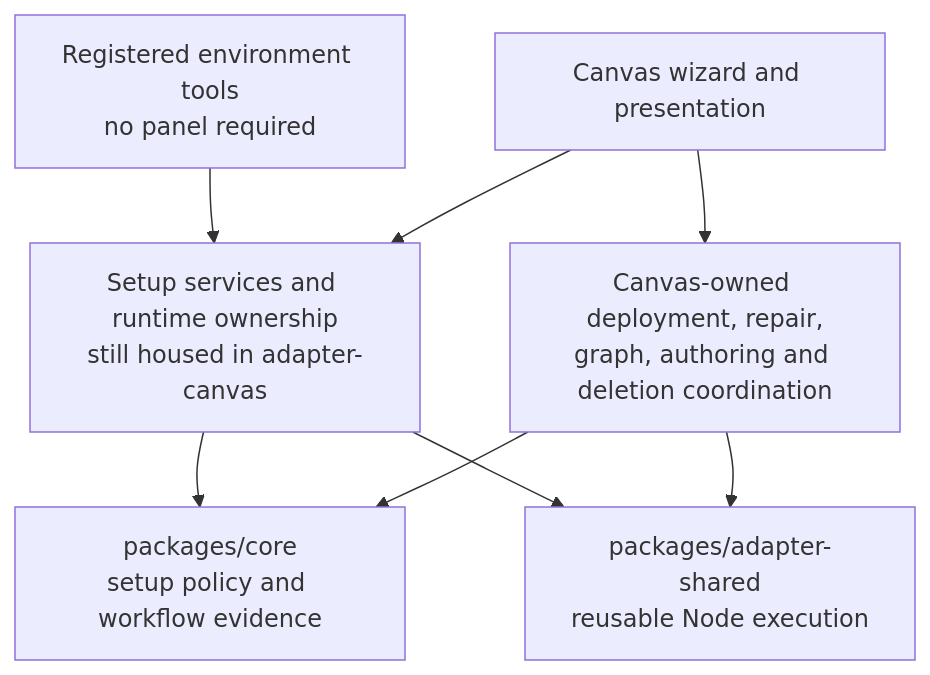
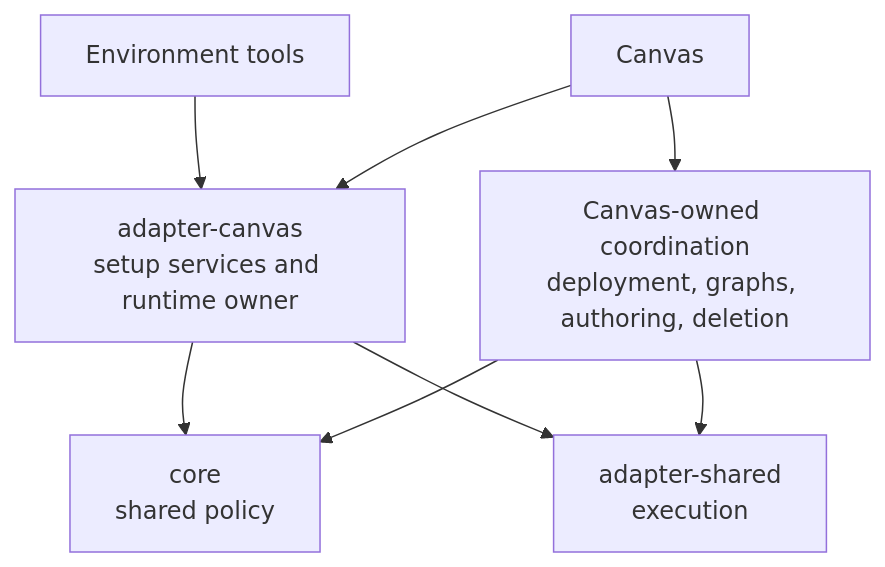
One commit to radius-project/ai-extensions changed the second of 5 diagrams in docs/design/2026-09-github-radius.md. Above: the diagram before and after it, drawn with Mermaid. The commit also changed other lines of this file and 1 other file, not shown here.

````diff
--- a/docs/design/2026-09-github-radius.md
+++ b/docs/design/2026-09-github-radius.md
@@ -136,16 +136,16 @@
 ```mermaid
 graph TD
-    Tools["Registered environment tools<br/>no panel required"]
-    Canvas["Canvas wizard and presentation"]
-    Bindings["Setup services and runtime ownership<br/>still housed in adapter-canvas"]
-    Core["packages/core<br/>setup policy and workflow evidence"]
-    Shared["packages/adapter-shared<br/>reusable Node execution"]
-    Remaining["Canvas-owned deployment, repair,<br/>graph, authoring and deletion coordination"]
+    Tools["Environment tools"]
+    Canvas["Canvas"]
+    Bindings["adapter-canvas<br/>setup services and runtime owner"]
+    Core["core<br/>shared policy"]
+    Shared["adapter-shared<br/>execution"]
+    Remaining["Canvas-owned coordination<br/>deployment, graphs, authoring, deletion"]
     Tools --> Bindings
     Canvas --> Bindings
     Bindings --> Core
     Bindings --> Shared
     Canvas --> Remaining
     Remaining --> Core
     Remaining --> Shared
 ```
````
